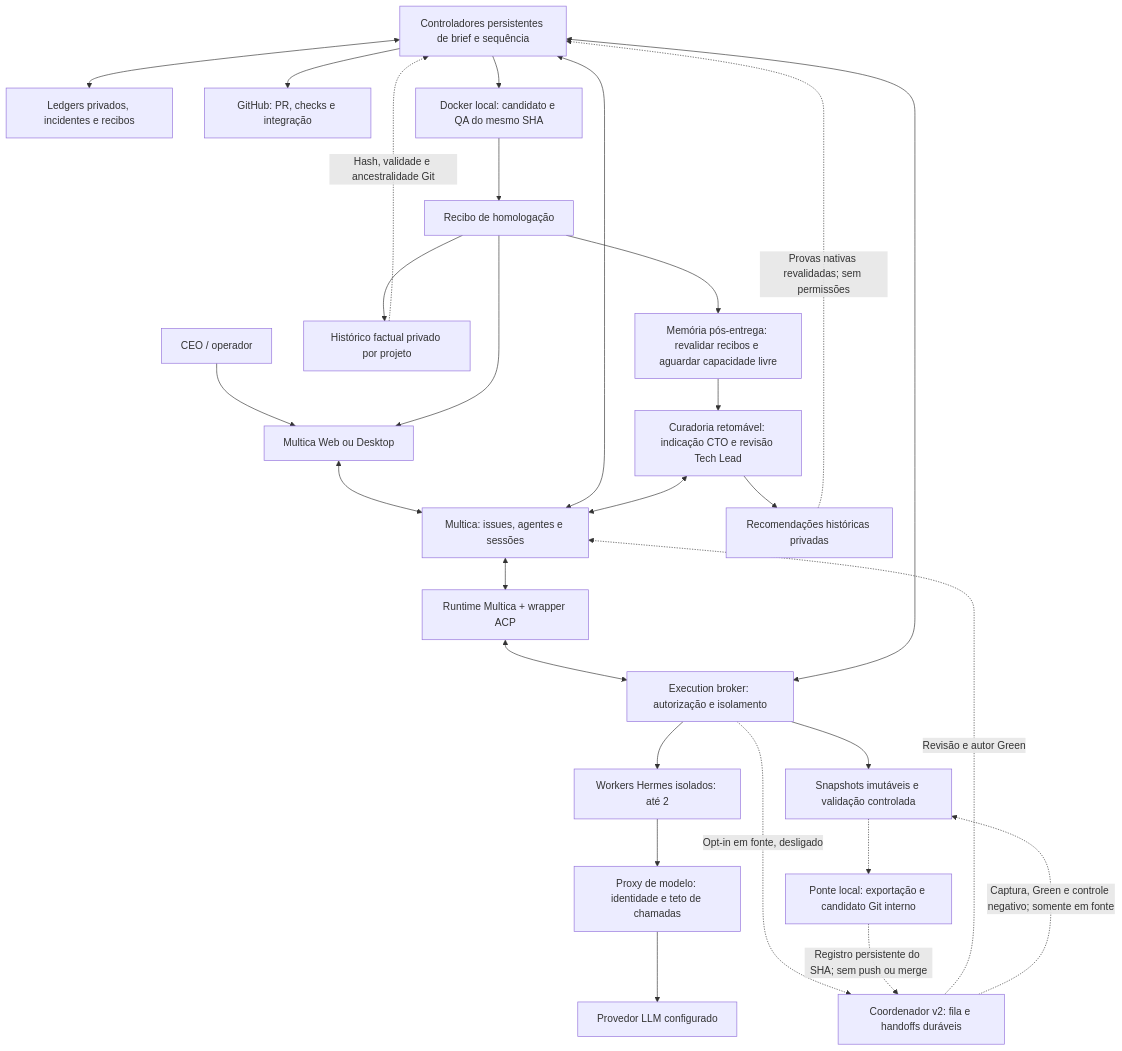
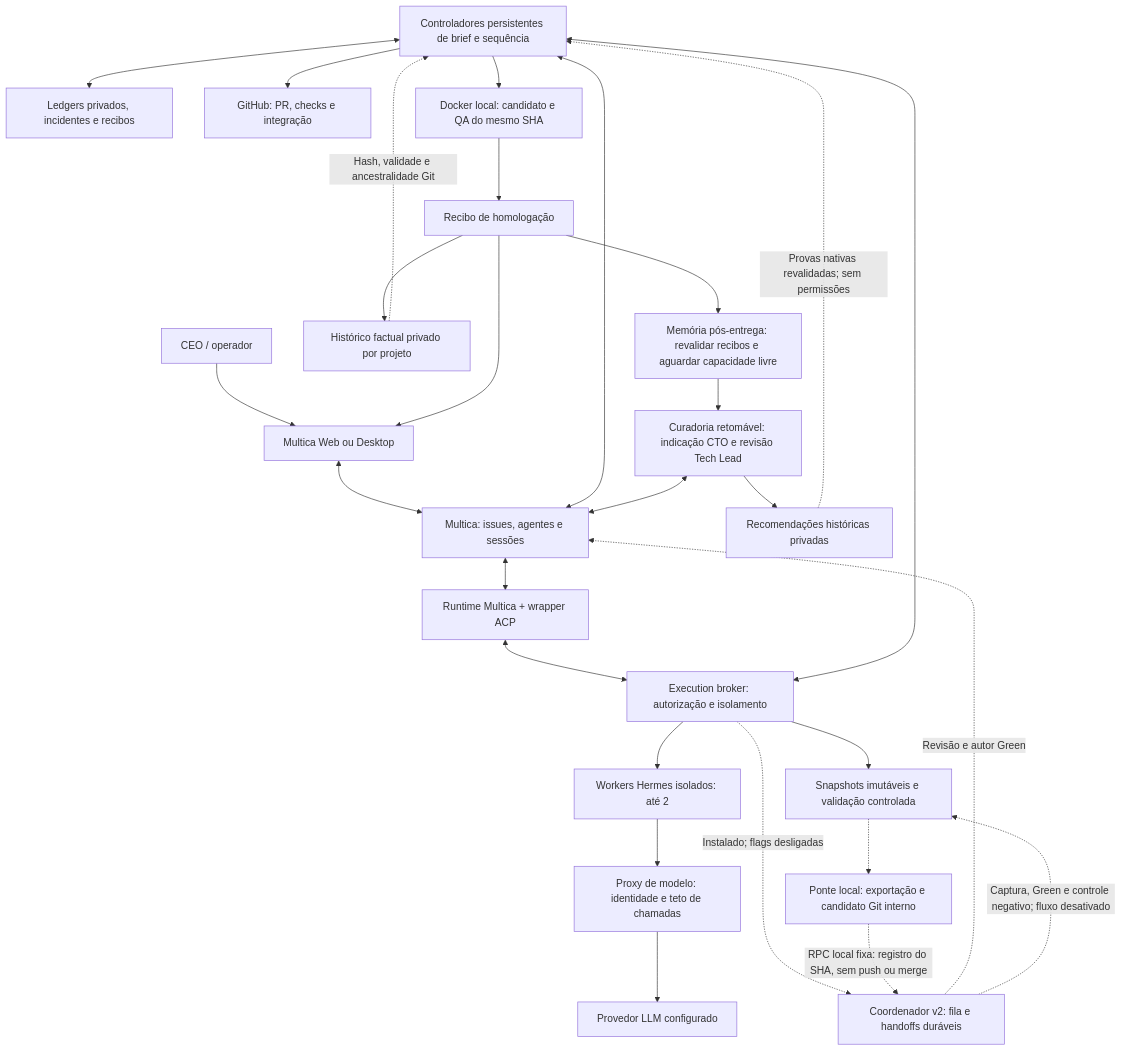
The first of 8 diagrams in README.md (codifydeep/fabriquinha), drawn with Mermaid before and after one commit. The commit also changed other lines of this file and 13 other files, not shown here.

````diff
--- a/README.md
+++ b/README.md
@@ -360,30 +373,30 @@
 ```mermaid
 flowchart TB
     CEO[CEO / operador] --> UI[Multica Web ou Desktop]
     UI <--> MC[Multica: issues, agentes e sessões]
     MC <--> RT[Runtime Multica + wrapper ACP]
     RT <--> B[Execution broker: autorização e isolamento]
     S[Controladores persistentes de brief e sequência] <--> MC
     S <--> B
     S <--> L[Ledgers privados, incidentes e recibos]
     B --> W[Workers Hermes isolados: até 2]
     W --> P[Proxy de modelo: identidade e teto de chamadas]
     P --> M[Provedor LLM configurado]
     B --> E[Snapshots imutáveis e validação controlada]
-    B -.->|Opt-in em fonte, desligado| V2[Coordenador v2: fila e handoffs duráveis]
+    B -.->|Instalado; flags desligadas| V2[Coordenador v2: fila e handoffs duráveis]
     V2 -.->|Revisão e autor Green| MC
-    V2 -.->|Captura, Green e controle negativo; somente em fonte| E
+    V2 -.->|Captura, Green e controle negativo; fluxo desativado| E
     E -.-> GX[Ponte local: exportação e candidato Git interno]
-    GX -.->|Registro persistente do SHA; sem push ou merge| V2
+    GX -.->|RPC local fixa: registro do SHA, sem push ou merge| V2
     S --> GH[GitHub: PR, checks e integração]
     S --> QA[Docker local: candidato e QA do mesmo SHA]
     QA --> R[Recibo de homologação]
     R --> UI
     R --> HF[Histórico factual privado por projeto]
     HF -.->|Hash, validade e ancestralidade Git| S
     R --> MQ[Memória pós-entrega: revalidar recibos e aguardar capacidade livre]
     MQ --> C[Curadoria retomável: indicação CTO e revisão Tech Lead]
     C <--> MC
     C --> K[Recomendações históricas privadas]
     K -.->|Provas nativas revalidadas; sem permissões| S
 ```
````
